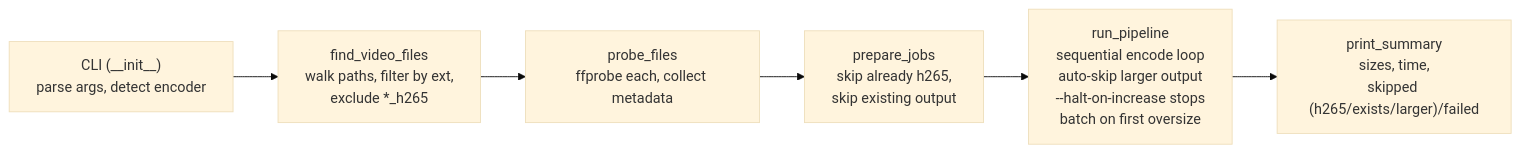
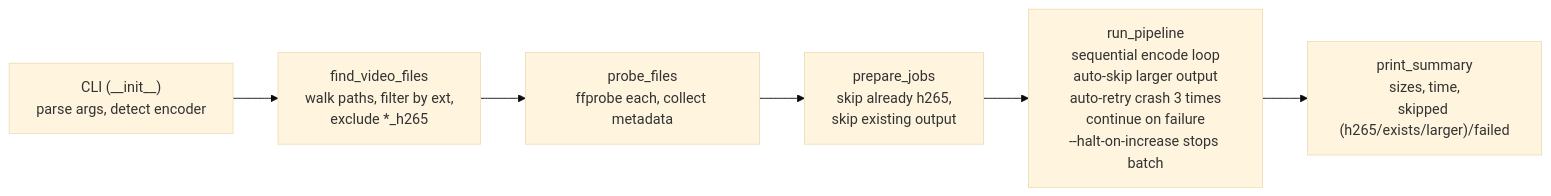
Before and after one commit to JoshPaulie/h265ify: the first of 6 diagrams in docs/ARCHITECTURE.md, drawn with Mermaid (base theme). The commit also changed other lines of this file, not shown here.

First line of the commit message:
docs: update architecture doc for auto-retry and continue-on-failure

````diff
--- a/docs/ARCHITECTURE.md
+++ b/docs/ARCHITECTURE.md
@@ -5,23 +5,24 @@
 ```mermaid
 flowchart LR
     CLI["CLI (__init__)
 parse args, detect encoder"]
     Find["find_video_files
 walk paths, filter by ext,
 exclude *_h265"]
     Probe["probe_files
 ffprobe each, collect metadata"]
     Jobs["prepare_jobs
 skip already h265,
 skip existing output"]
     Run["run_pipeline
 sequential encode loop
 auto-skip larger output
---halt-on-increase stops
-batch on first oversize"]
+auto-retry crash 3 times
+continue on failure
+--halt-on-increase stops batch"]
     Summary["print_summary
 sizes, time,
 skipped (h265/exists/larger)/failed"]
 
     CLI --> Find --> Probe --> Jobs --> Run --> Summary
 ```
````
